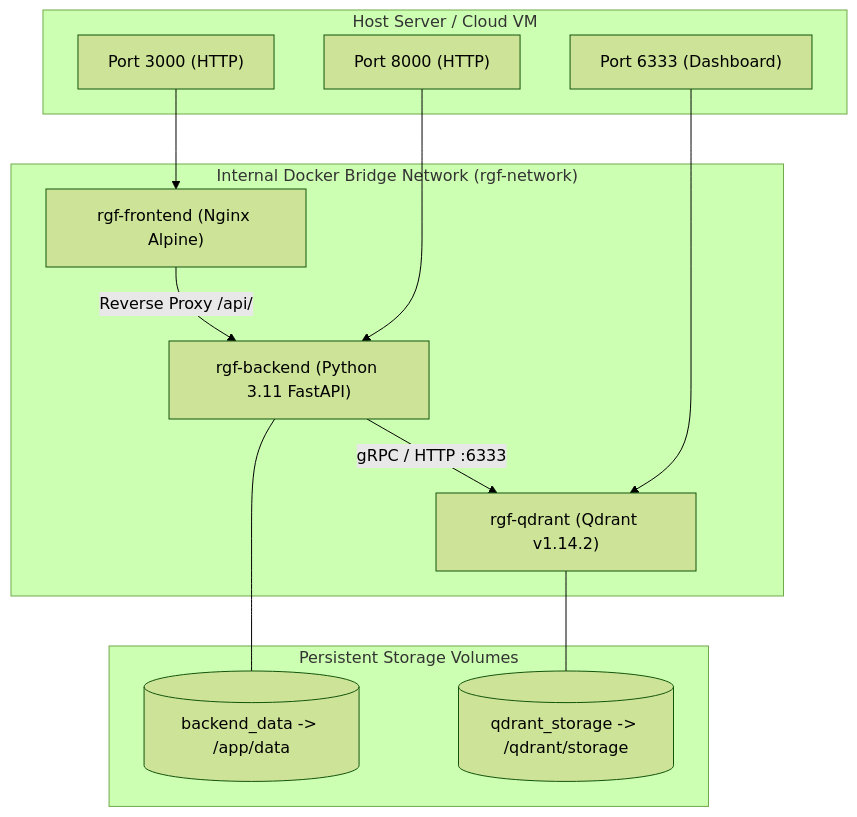
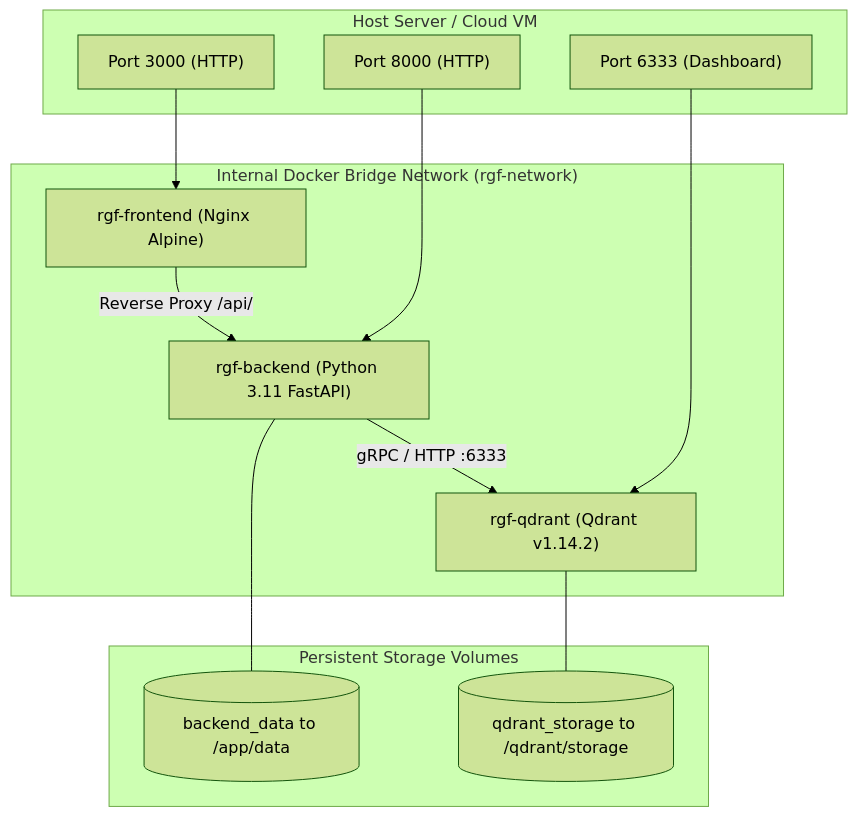
One commit to def-hrithik/AI_Research_Gap_Finder changed the sixth of 6 diagrams in SYSTEMARCHITECTURE.md. Above: the diagram before and after it, drawn with Mermaid (forest theme). The commit also changed other lines of this file and 2 other files, not shown here.

Commit message:
docs(diagrams): fix GitHub Mermaid sequence parse errors

````diff
--- a/SYSTEMARCHITECTURE.md
+++ b/SYSTEMARCHITECTURE.md
@@ -353,29 +352,29 @@
 ```mermaid
 graph TD
     subgraph Host ["Host Server / Cloud VM"]
         Port3000["Port 3000 (HTTP)"]
         Port8000["Port 8000 (HTTP)"]
         Port6333["Port 6333 (Dashboard)"]
     end
 
     subgraph DockerNetwork ["Internal Docker Bridge Network (rgf-network)"]
         FrontendContainer["rgf-frontend (Nginx Alpine)"]
         BackendContainer["rgf-backend (Python 3.11 FastAPI)"]
         QdrantContainer["rgf-qdrant (Qdrant v1.14.2)"]
     end
 
     subgraph Volumes ["Persistent Storage Volumes"]
-        VolData[("backend_data -> /app/data")]
-        VolQdrant[("qdrant_storage -> /qdrant/storage")]
+        VolData[("backend_data to /app/data")]
+        VolQdrant[("qdrant_storage to /qdrant/storage")]
     end
 
     Port3000 --> FrontendContainer
     Port8000 --> BackendContainer
     Port6333 --> QdrantContainer
 
     FrontendContainer -->|Reverse Proxy /api/| BackendContainer
     BackendContainer -->|gRPC / HTTP :6333| QdrantContainer
 
     BackendContainer --- VolData
     QdrantContainer --- VolQdrant
 ```
````
